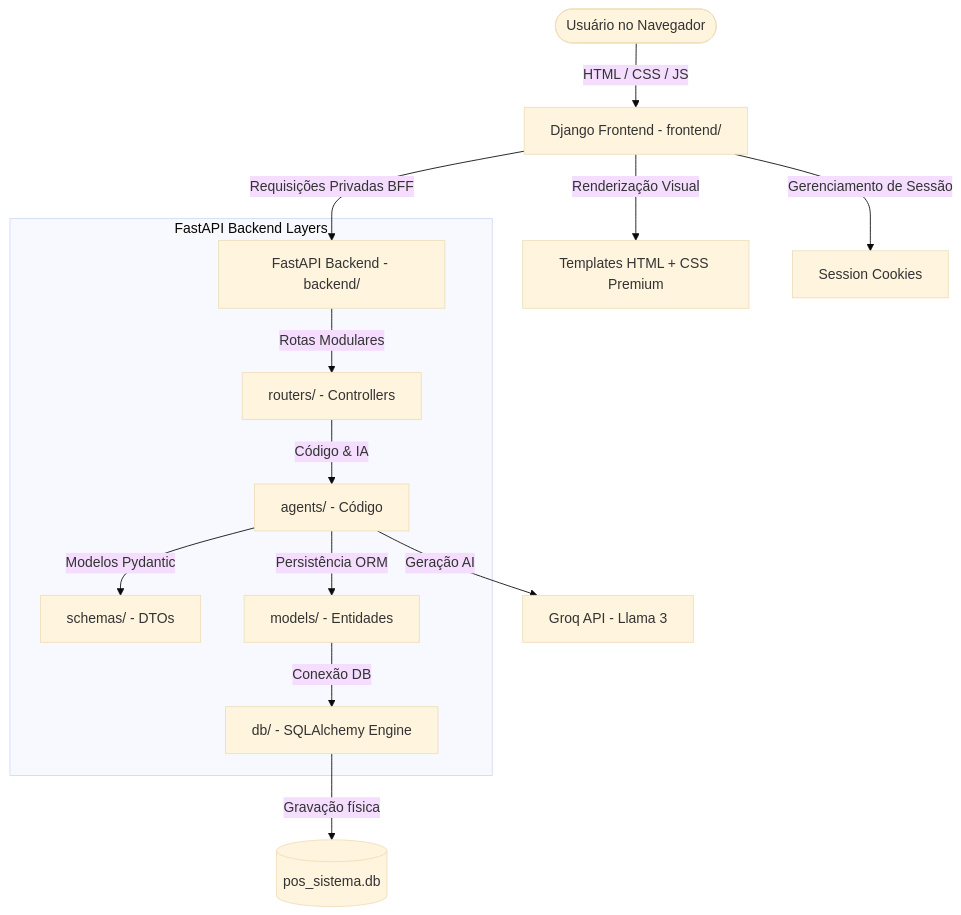
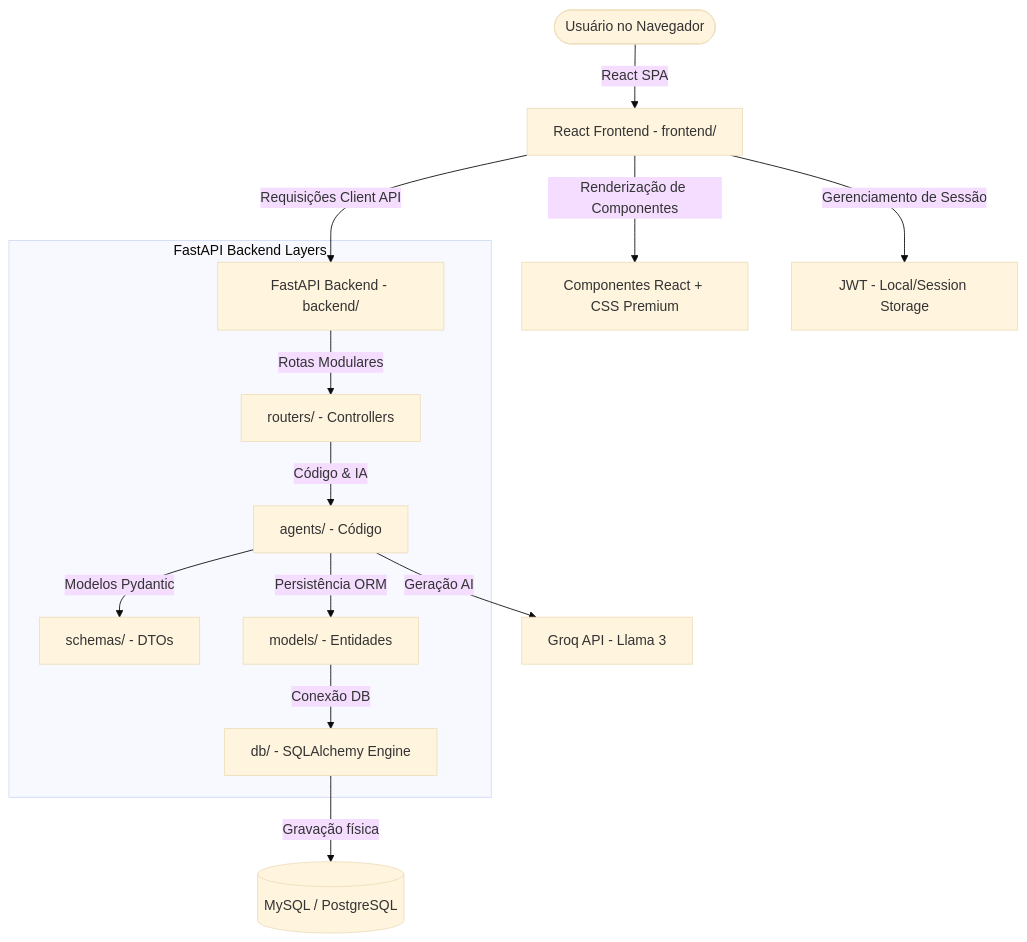
The diagram in spec/01_arquitetura.md (joseallangoncalves/django_fastapi), drawn with Mermaid (base theme) before and after one commit. The commit also changed other lines of this file and 72 other files, not shown here.

````diff
--- a/spec/01_arquitetura.md
+++ b/spec/01_arquitetura.md
@@ -11,19 +11,19 @@
 ```mermaid
 graph TD
-    User([Usuário no Navegador]) -->|HTML / CSS / JS| Django[Django Frontend - frontend/]
-    Django -->|Renderização Visual| UI[Templates HTML + CSS Premium]
-    Django -->|Gerenciamento de Sessão| Session[Session Cookies]
+    User([Usuário no Navegador]) -->|React SPA| React[React Frontend - frontend/]
+    React -->|Renderização de Componentes| UI[Componentes React + CSS Premium]
+    React -->|Gerenciamento de Sessão| Session[JWT - Local/Session Storage]
     
-    Django -->|Requisições Privadas BFF| FastAPI[FastAPI Backend - backend/]
+    React -->|Requisições Client API| FastAPI[FastAPI Backend - backend/]
     
     subgraph FastAPI Backend Layers
         FastAPI -->|Rotas Modulares| Routers[routers/ - Controllers]
         Routers -->|Código & IA| Skills[agents/ - Código]
         Skills -->|Modelos Pydantic| Schemas[schemas/ - DTOs]
         Skills -->|Persistência ORM| Models[models/ - Entidades]
         Models -->|Conexão DB| DB[db/ - SQLAlchemy Engine]
     end
     
-    DB -->|Gravação física| SQLite[(pos_sistema.db)]
+    DB -->|Gravação física| DBMS[(MySQL / PostgreSQL)]
     Skills -->|Geração AI| Groq[Groq API - Llama 3]
 ```
````
